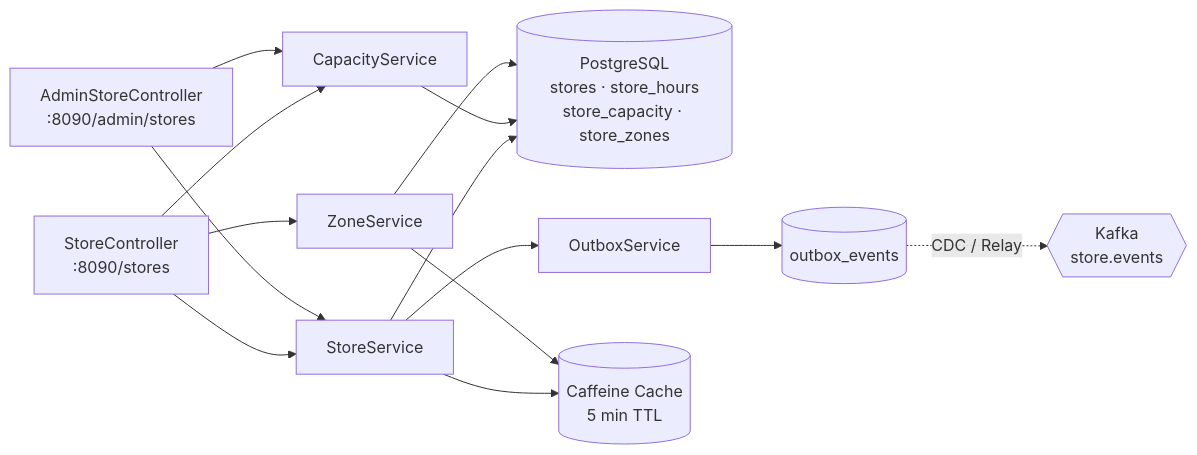
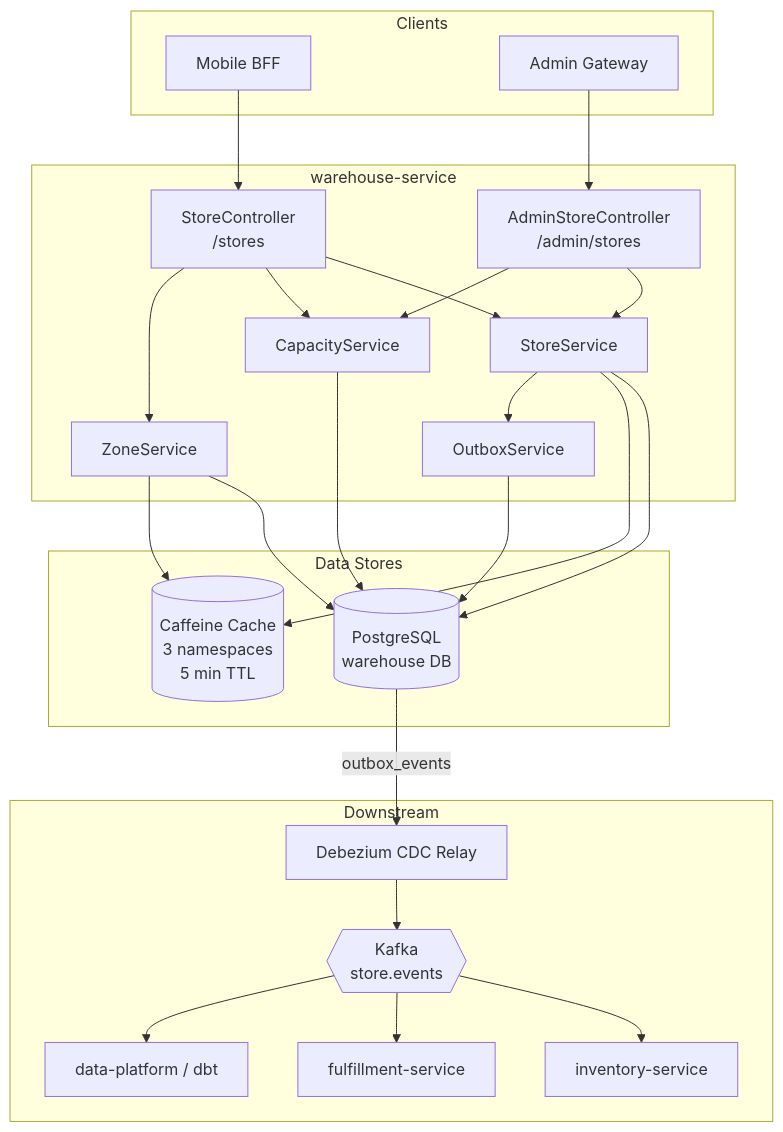
The first of 7 diagrams in services/warehouse-service/README.md (sunitakeazycommerz-a11y/InstaCommerce), drawn with Mermaid before and after one commit. The commit also changed other lines of this file and 554 other files, not shown here.

````diff
--- a/services/warehouse-service/README.md
+++ b/services/warehouse-service/README.md
@@ -9,16 +43,41 @@
 ```mermaid
-graph LR
-    SC[StoreController<br/>:8090/stores] --> SS[StoreService]
-    SC --> CS[CapacityService]
-    SC --> ZS[ZoneService]
-    ASC[AdminStoreController<br/>:8090/admin/stores] --> SS
-    ASC --> CS
-    SS --> REPO[(PostgreSQL<br/>stores · store_hours<br/>store_capacity · store_zones)]
-    CS --> REPO
-    ZS --> REPO
-    SS --> OB[OutboxService]
-    OB --> OBT[(outbox_events)]
-    OBT -.->|CDC / Relay| K{{Kafka<br/>store.events}}
-    SS --> CACHE[(Caffeine Cache<br/>5 min TTL)]
-    ZS --> CACHE
+flowchart TB
+    subgraph Clients
+        MB[Mobile BFF]
+        AG[Admin Gateway]
+    end
+
+    subgraph warehouse-service
+        SC[StoreController<br/>/stores]
+        ASC[AdminStoreController<br/>/admin/stores]
+        SS[StoreService]
+        CS[CapacityService]
+        ZS[ZoneService]
+        OB[OutboxService]
+    end
+
+    subgraph Data Stores
+        PG[(PostgreSQL<br/>warehouse DB)]
+        CAF[(Caffeine Cache<br/>3 namespaces<br/>5 min TTL)]
+    end
+
+    subgraph Downstream
+        CDC[Debezium CDC Relay]
+        KFK{{Kafka<br/>store.events}}
+        INV[inventory-service]
+        FUL[fulfillment-service]
+        DP[data-platform / dbt]
+    end
+
+    MB --> SC
+    AG --> ASC
+    SC --> SS & CS & ZS
+    ASC --> SS & CS
+    SS --> PG & CAF & OB
+    CS --> PG
+    ZS --> PG & CAF
+    OB --> PG
+    PG -->|outbox_events| CDC
+    CDC --> KFK
+    KFK --> INV & FUL & DP
 ```
````
